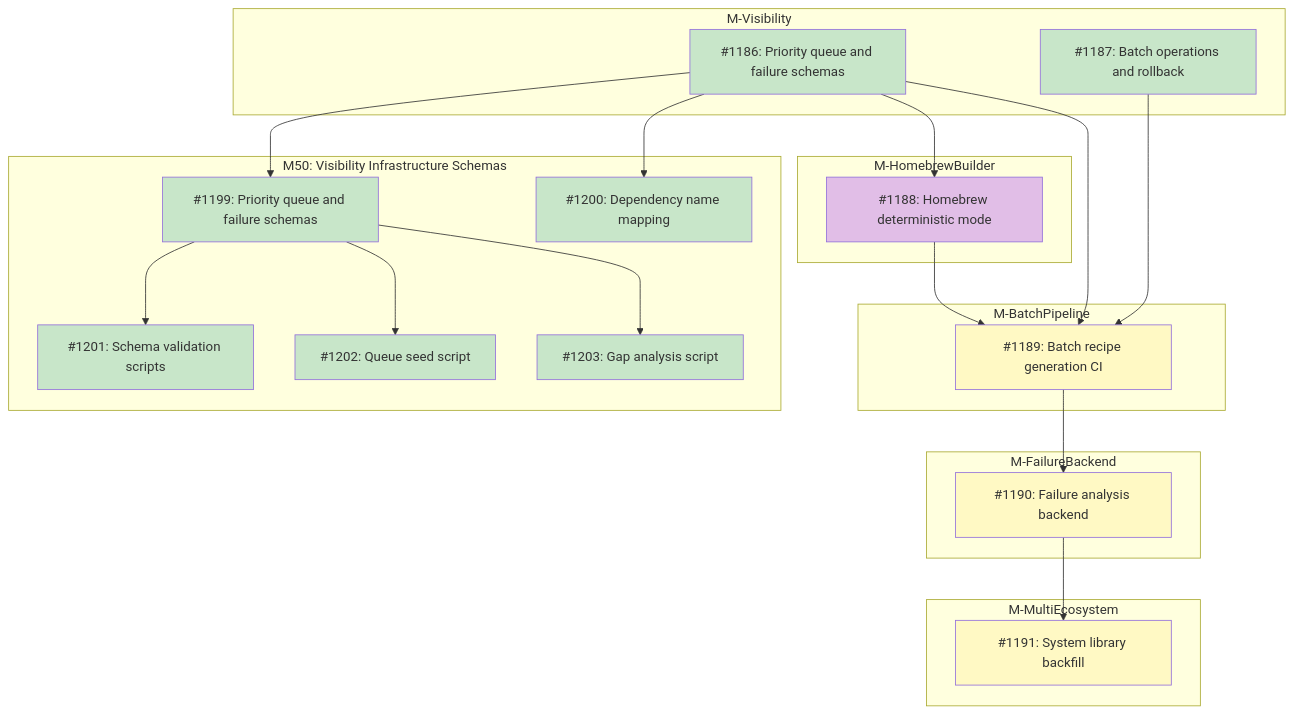
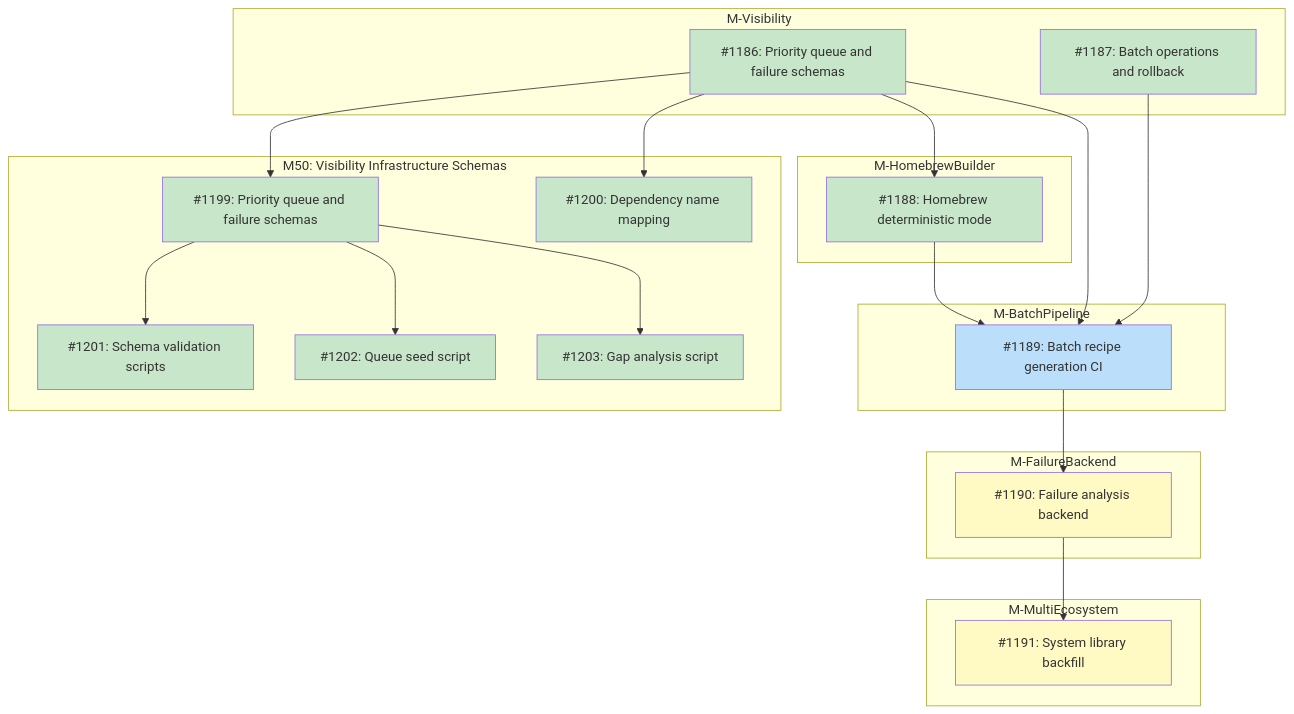
Before and after one commit to tsukumogami/tsuku: the diagram in docs/designs/DESIGN-registry-scale-strategy.md, drawn with Mermaid. The commit also changed other lines of this file, not shown here.

Commit message:
docs(design): mark #1188 done in upstream design doc
Update DESIGN-registry-scale-strategy.md to reflect #1188 completion:
strikethrough in issues table, update diagram class to done, and
promote #1189 from blocked to ready.

````diff
--- a/docs/designs/DESIGN-registry-scale-strategy.md
+++ b/docs/designs/DESIGN-registry-scale-strategy.md
@@ -67,57 +67,58 @@
 ```mermaid
 graph TD
     subgraph M_Visibility["M-Visibility"]
         I1186["#1186: Priority queue and failure schemas"]
         I1187["#1187: Batch operations and rollback"]
     end
 
     subgraph M50["M50: Visibility Infrastructure Schemas"]
         I1199["#1199: Priority queue and failure schemas"]
         I1200["#1200: Dependency name mapping"]
         I1201["#1201: Schema validation scripts"]
         I1202["#1202: Queue seed script"]
         I1203["#1203: Gap analysis script"]
     end
 
     subgraph M_HomebrewBuilder["M-HomebrewBuilder"]
         I1188["#1188: Homebrew deterministic mode"]
     end
 
     subgraph M_BatchPipeline["M-BatchPipeline"]
         I1189["#1189: Batch recipe generation CI"]
     end
 
     subgraph M_FailureBackend["M-FailureBackend"]
         I1190["#1190: Failure analysis backend"]
     end
 
     subgraph M_MultiEcosystem["M-MultiEcosystem"]
         I1191["#1191: System library backfill"]
     end
 
     I1186 --> I1199
     I1186 --> I1200
     I1199 --> I1201
     I1199 --> I1202
     I1199 --> I1203
     I1186 --> I1188
     I1186 --> I1189
     I1187 --> I1189
     I1188 --> I1189
     I1189 --> I1190
     I1190 --> I1191
 
     classDef done fill:#c8e6c9
     classDef ready fill:#bbdefb
     classDef blocked fill:#fff9c4
     classDef needsDesign fill:#e1bee7
 
     class I1186,I1187 done
     class I1200 done
     class I1199 done
-    class I1188 needsDesign
+    class I1188 done
     class I1201 done
     class I1202 done
     class I1203 done
-    class I1189,I1190,I1191 blocked
+    class I1189 ready
+    class I1190,I1191 blocked
 ```
````
